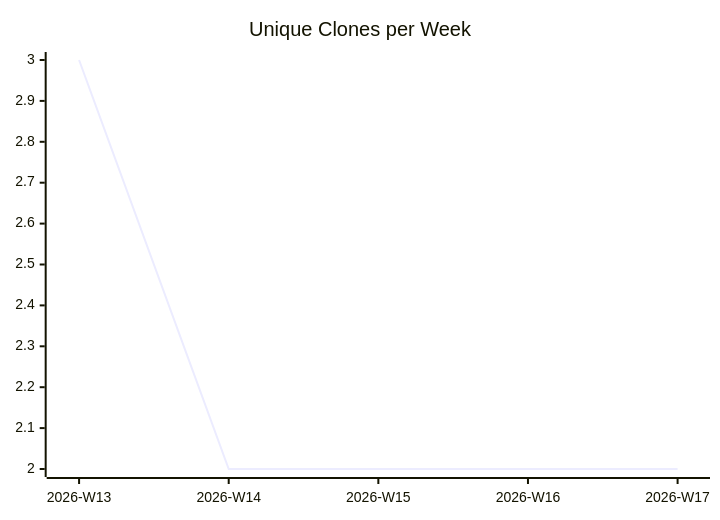
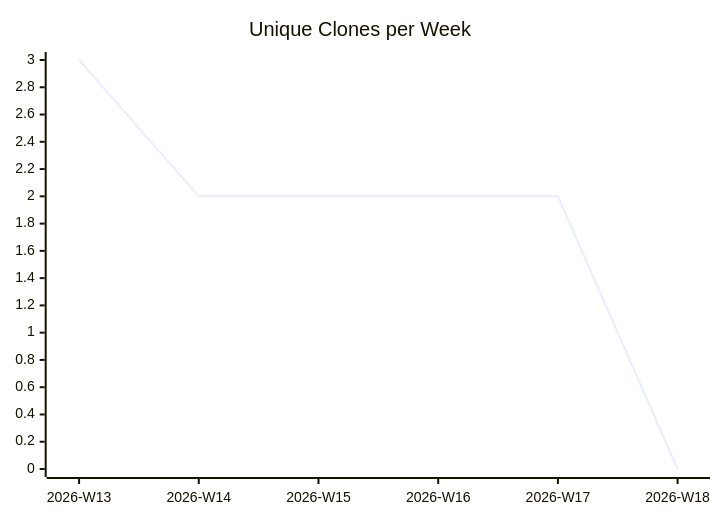
The third of 3 diagrams in karlmdavis/can-i-kayak-baltimore/README.md (justdavis-family/github-analytics-data), drawn with Mermaid before and after one commit. The commit also changed other lines of this file and 184 other files, not shown here.

````diff
--- a/karlmdavis/can-i-kayak-baltimore/README.md
+++ b/karlmdavis/can-i-kayak-baltimore/README.md
@@ -19,6 +19,6 @@
 ```mermaid
 xychart-beta
   title "Unique Clones per Week"
-  x-axis ["2026-W13", "2026-W14", "2026-W15", "2026-W16", "2026-W17"]
-  line [3, 2, 2, 2, 2]
+  x-axis ["2026-W13", "2026-W14", "2026-W15", "2026-W16", "2026-W17", "2026-W18"]
+  line [3, 2, 2, 2, 2, 0]
 ```
````
